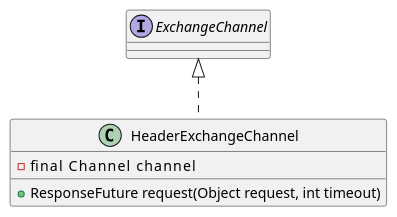
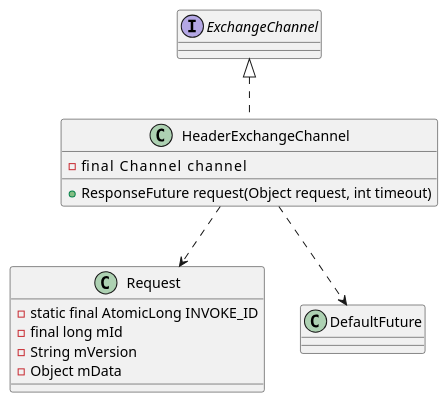
The diagram in 30-distributed/src/dubbo/remoting/exchange/support/header/HeaderExchangeChannel.md (onlyonion/development), drawn with PlantUML before and after one commit. The commit also changed other lines of this file and 49 other files, not shown here.

````diff
--- a/30-distributed/src/dubbo/remoting/exchange/support/header/HeaderExchangeChannel.md
+++ b/30-distributed/src/dubbo/remoting/exchange/support/header/HeaderExchangeChannel.md
@@ -5,14 +14,25 @@
 ```plantuml
 @startuml
 
 interface ExchangeChannel
+ExchangeChannel ^.. HeaderExchangeChannel
 
 class HeaderExchangeChannel {
     - final Channel       channel
     + ResponseFuture request(Object request, int timeout)
 }
 
-ExchangeChannel ^.. HeaderExchangeChannel
+HeaderExchangeChannel ..> Request
+HeaderExchangeChannel ..> DefaultFuture
+
+class Request {
+    - static final AtomicLong INVOKE_ID
+    - final long mId
+    - String mVersion
+    - Object mData
+}
+
+class DefaultFuture
 
 @enduml
 ```
````
